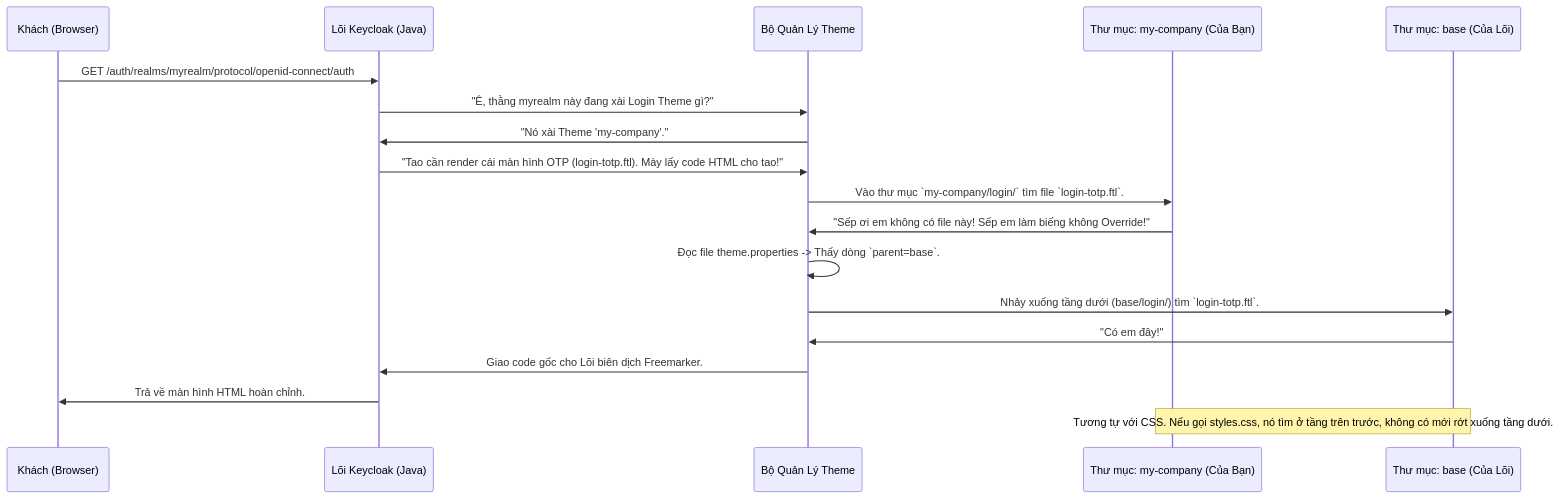
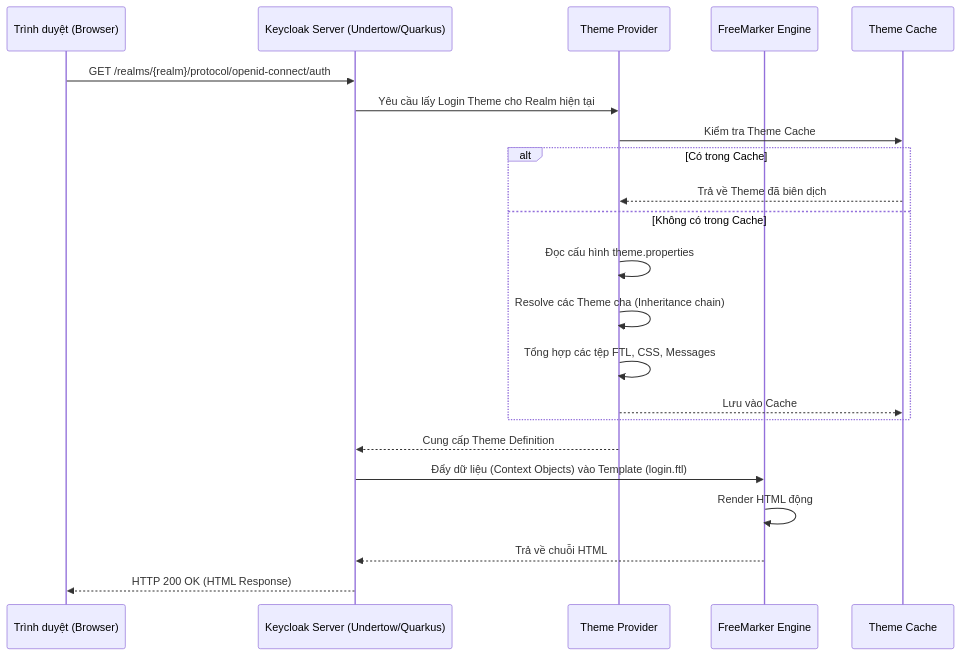
One commit to Luckyy0/keycloak changed the diagram in 28-Custom-Themes/Module-1-Concepts/Lesson-1-Theme-Architecture.md. Above: the diagram before and after it, drawn with Mermaid. The commit also changed other lines of this file and 215 other files, not shown here.

````diff
--- a/28-Custom-Themes/Module-1-Concepts/Lesson-1-Theme-Architecture.md
+++ b/28-Custom-Themes/Module-1-Concepts/Lesson-1-Theme-Architecture.md
@@ -32,26 +23,25 @@
 ```mermaid
 sequenceDiagram
-    participant User as Khách (Browser)
-    participant Core as Lõi Keycloak (Java)
-    participant ThemeManager as Bộ Quản Lý Theme
-    participant MyTheme as Thư mục: my-company (Của Bạn)
-    participant BaseTheme as Thư mục: base (Của Lõi)
-    
-    User->>Core: GET /auth/realms/myrealm/protocol/openid-connect/auth
-    Core->>ThemeManager: "Ê, thằng myrealm này đang xài Login Theme gì?"
-    ThemeManager->>Core: "Nó xài Theme 'my-company'."
-    
-    Core->>ThemeManager: "Tao cần render cái màn hình OTP (login-totp.ftl). Mày lấy code HTML cho tao!"
-    
-    ThemeManager->>MyTheme: Vào thư mục `my-company/login/` tìm file `login-totp.ftl`.
-    MyTheme->>ThemeManager: "Sếp ơi em không có file này! Sếp em làm biếng không Override!"
-    
-    ThemeManager->>ThemeManager: Đọc file theme.properties -> Thấy dòng `parent=base`.
-    ThemeManager->>BaseTheme: Nhảy xuống tầng dưới (base/login/) tìm `login-totp.ftl`.
-    BaseTheme->>ThemeManager: "Có em đây!"
-    
-    ThemeManager->>Core: Giao code gốc cho Lõi biên dịch Freemarker.
-    Core->>User: Trả về màn hình HTML hoàn chỉnh.
-    
-    Note over MyTheme, BaseTheme: Tương tự với CSS. Nếu gọi styles.css, nó tìm ở tầng trên trước, không có mới rớt xuống tầng dưới.
+    participant User as Trình duyệt (Browser)
+    participant KC as Keycloak Server (Undertow/Quarkus)
+    participant ThemeManager as Theme Provider
+    participant FTL as FreeMarker Engine
+    participant Cache as Theme Cache
+
+    User->>KC: GET /realms/{realm}/protocol/openid-connect/auth
+    KC->>ThemeManager: Yêu cầu lấy Login Theme cho Realm hiện tại
+    ThemeManager->>Cache: Kiểm tra Theme Cache
+    alt Có trong Cache
+        Cache-->>ThemeManager: Trả về Theme đã biên dịch
+    else Không có trong Cache
+        ThemeManager->>ThemeManager: Đọc cấu hình theme.properties
+        ThemeManager->>ThemeManager: Resolve các Theme cha (Inheritance chain)
+        ThemeManager->>ThemeManager: Tổng hợp các tệp FTL, CSS, Messages
+        ThemeManager-->>Cache: Lưu vào Cache
+    end
+    ThemeManager-->>KC: Cung cấp Theme Definition
+    KC->>FTL: Đẩy dữ liệu (Context Objects) vào Template (login.ftl)
+    FTL->>FTL: Render HTML động
+    FTL-->>KC: Trả về chuỗi HTML
+    KC-->>User: HTTP 200 OK (HTML Response)
 ```
````
